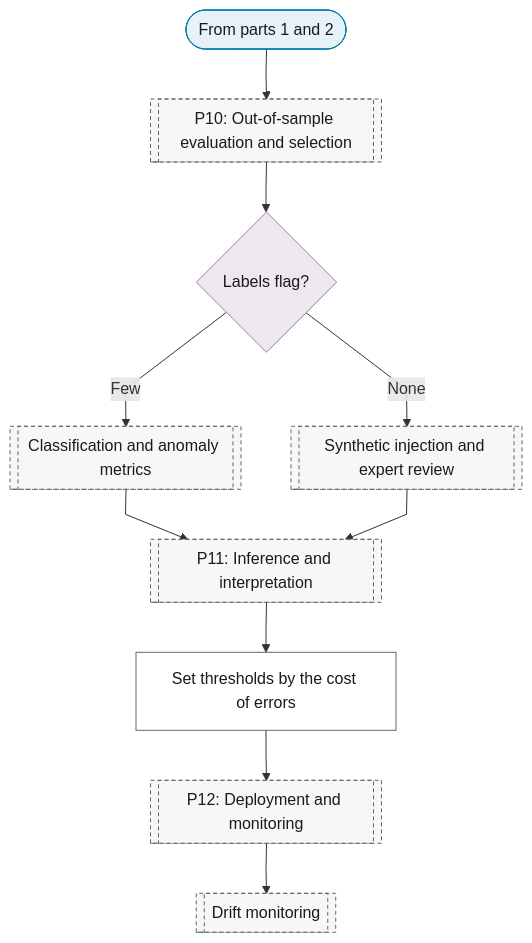
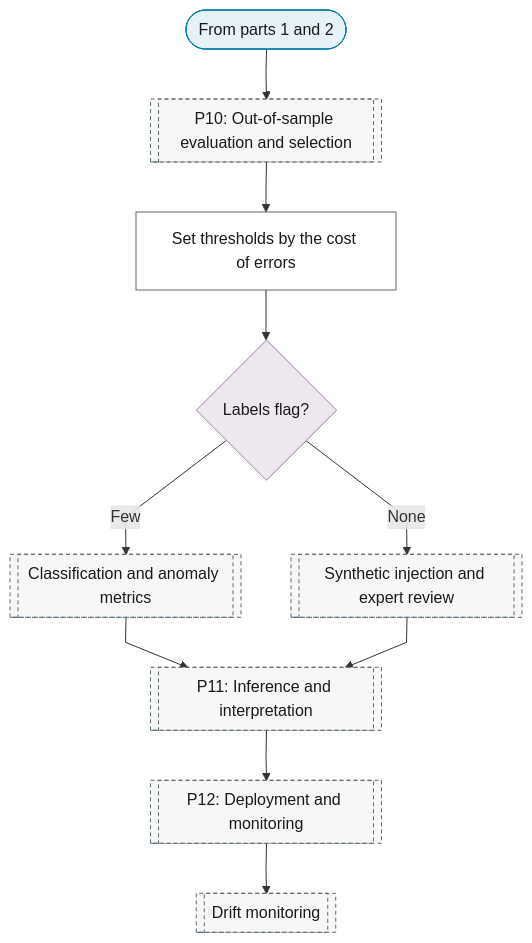
One commit to Shuxin-Y/time-series-analysis-manual changed the third of 3 diagrams in docs/01-workflow/p00-purpose/05-anomaly-regime-detection.md. Above: the diagram before and after it, drawn with Mermaid. The commit also changed other lines of this file and 17 other files, not shown here.

First line of the commit message:
fix(charts): round-3 review fixes to seasonality, thresholds and branch flags

````diff
--- a/docs/01-workflow/p00-purpose/05-anomaly-regime-detection.md
+++ b/docs/01-workflow/p00-purpose/05-anomaly-regime-detection.md
@@ -73,24 +73,24 @@
 ```mermaid
 %%{init: {"flowchart": {"curve": "linear"}}}%%
 graph TD
     P0_AN_PART_3_IN(["From parts 1 and 2"]) --> P10[["P10: Out-of-sample evaluation and selection"]]
-    P10 --> P0_AN_LABELS{"Labels flag?"}
+    P10 --> P0_AN_THRESHOLD["Set thresholds by the cost of errors"]
+    P0_AN_THRESHOLD --> P0_AN_LABELS{"Labels flag?"}
     P0_AN_LABELS -->|"Few"| P10_CLASSIFICATION_METRICS[["Classification and anomaly metrics"]]
     P0_AN_LABELS -->|"None"| P10_UNLABELLED[["Synthetic injection and expert review"]]
     P10_CLASSIFICATION_METRICS & P10_UNLABELLED --> P11[["P11: Inference and interpretation"]]
-    P11 --> P0_AN_THRESHOLD["Set thresholds by the cost of errors"]
-    P0_AN_THRESHOLD --> P12[["P12: Deployment and monitoring"]]
+    P11 --> P12[["P12: Deployment and monitoring"]]
     P12 --> P12_DRIFT_MONITORING[["Drift monitoring"]]
     class P0_AN_PART_3_IN terminator
     class P0_AN_LABELS decision
     class P0_AN_THRESHOLD process
     class P10,P10_CLASSIFICATION_METRICS,P10_UNLABELLED,P11,P12,P12_DRIFT_MONITORING ref
     classDef terminator fill:#E6F2F7,stroke:#007BA7,color:#1A1A1A;
     classDef process fill:#FFFFFF,stroke:#5A6B73,color:#1A1A1A;
     classDef decision fill:#EFE7F0,stroke:#9B7FA7,color:#1A1A1A;
     classDef data fill:#FFF4E0,stroke:#C9A55E,color:#1A1A1A;
     classDef good fill:#DCEFD8,stroke:#4A7A3F,color:#1A1A1A;
     classDef escalate fill:#FFE9C2,stroke:#C9A55E,color:#1A1A1A;
     classDef problem fill:#F2D9DE,stroke:#800020,color:#1A1A1A;
     classDef ref fill:#F7F7F7,stroke:#5A6B73,color:#1A1A1A,stroke-dasharray:4 3;
 ```
````
